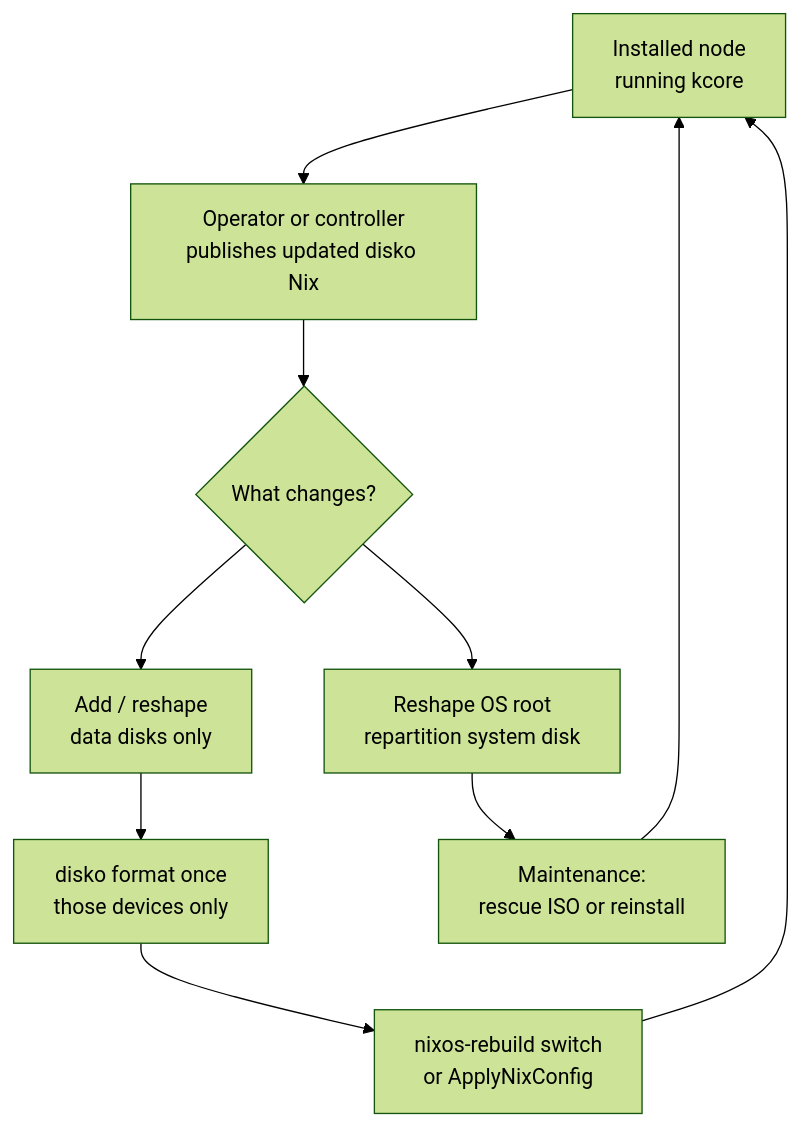
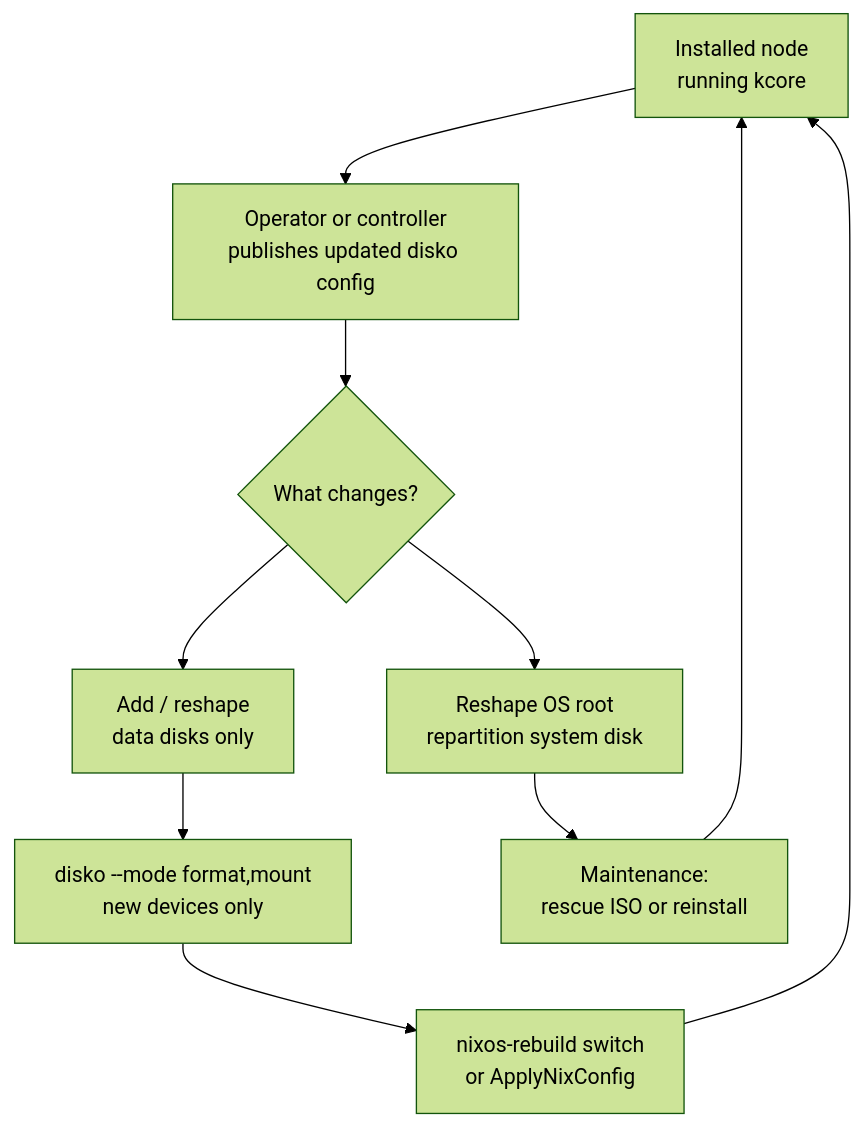
One commit to kcorehypervisor/kcore changed the third of 3 diagrams in docs/node-install-bootstrap-flow.md. Above: the diagram before and after it, drawn with Mermaid (forest theme). The commit also changed other lines of this file and 8 other files, not shown here.

````diff
--- a/docs/node-install-bootstrap-flow.md
+++ b/docs/node-install-bootstrap-flow.md
@@ -112,20 +166,20 @@
 ```mermaid
 flowchart TD
   run["Installed node<br/>running kcore"]
-  publish["Operator or controller<br/>publishes updated disko Nix"]
+  publish["Operator or controller<br/>publishes updated disko config"]
   scope{"What changes?"}
   data["Add / reshape<br/>data disks only"]
-  oneshot["disko format once<br/>those devices only"]
+  oneshot["disko --mode format,mount<br/>new devices only"]
   apply["nixos-rebuild switch<br/>or ApplyNixConfig"]
   os["Reshape OS root<br/>repartition system disk"]
   maint["Maintenance:<br/>rescue ISO or reinstall"]
   run --> publish
   publish --> scope
   scope --> data
   data --> oneshot
   oneshot --> apply
   apply --> run
   scope --> os
   os --> maint
   maint --> run
 ```
````
